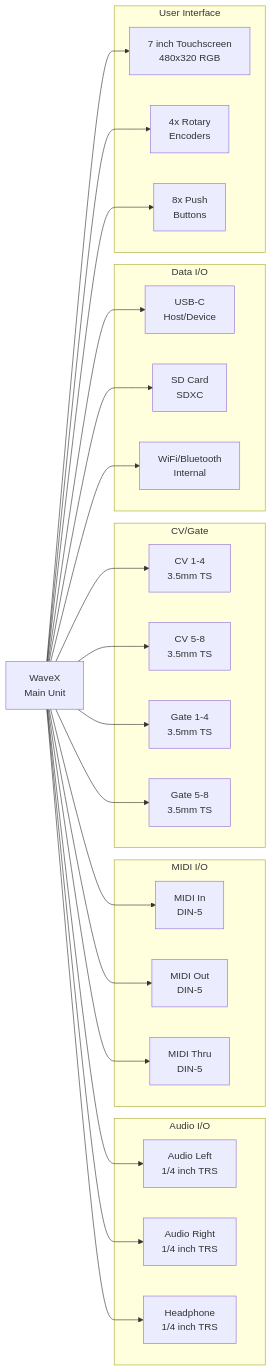
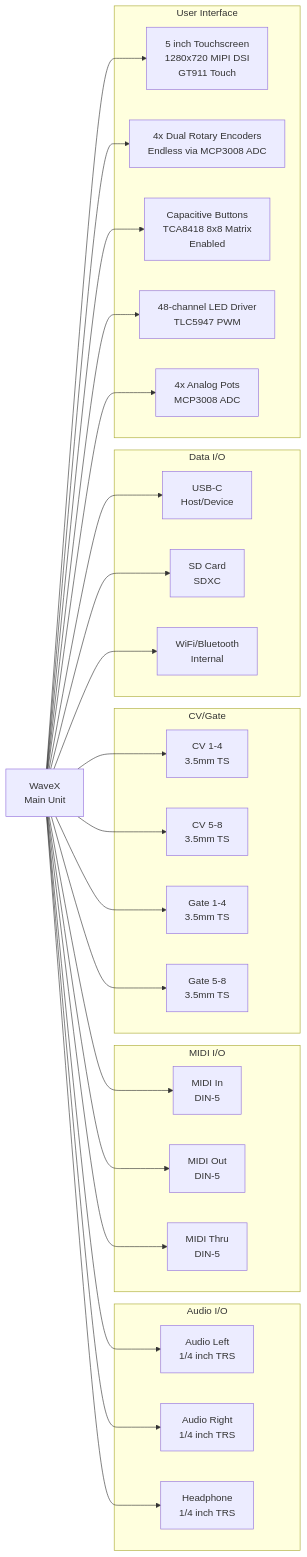
Before and after one commit to pmorgantech/WaveX: the seventh of 7 diagrams in docs/system-architecture.md, drawn with Mermaid. The commit also changed other lines of this file and 44 other files, not shown here.

````diff
--- a/docs/system-architecture.md
+++ b/docs/system-architecture.md
@@ -396,50 +429,54 @@
 ```mermaid
 graph LR
     subgraph "Audio I/O"
         AUDIO_L["Audio Left<br/>1/4 inch TRS"]
         AUDIO_R["Audio Right<br/>1/4 inch TRS"]
         HP_OUT["Headphone<br/>1/4 inch TRS"]
     end
     
     subgraph "MIDI I/O"
         MIDI_IN["MIDI In<br/>DIN-5"]
         MIDI_OUT["MIDI Out<br/>DIN-5"]
         MIDI_THRU["MIDI Thru<br/>DIN-5"]
     end
     
     subgraph "CV/Gate"
         CV1["CV 1-4<br/>3.5mm TS"]
         CV2["CV 5-8<br/>3.5mm TS"]
         GATE1["Gate 1-4<br/>3.5mm TS"]
         GATE2["Gate 5-8<br/>3.5mm TS"]
     end
     
     subgraph "Data I/O"
         USB_C["USB-C<br/>Host/Device"]
         SD_CARD["SD Card<br/>SDXC"]
         WIFI_BT["WiFi/Bluetooth<br/>Internal"]
     end
     
     subgraph "User Interface"
-        DISPLAY["7 inch Touchscreen<br/>480x320 RGB"]
-        ENCODERS["4x Rotary<br/>Encoders"]
-        BUTTONS["8x Push<br/>Buttons"]
+        DISPLAY["5 inch Touchscreen<br/>1280x720 MIPI DSI<br/>GT911 Touch"]
+        ENCODERS["4x Dual Rotary Encoders<br/>Endless via MCP3008 ADC"]
+        BUTTONS["Capacitive Buttons<br/>TCA8418 8x8 Matrix<br/>Enabled"]
+        LEDS["48-channel LED Driver<br/>TLC5947 PWM"]
+        POTS["4x Analog Pots<br/>MCP3008 ADC"]
     end
     
     WAVEX["WaveX<br/>Main Unit"] --> AUDIO_L
     WAVEX --> AUDIO_R
     WAVEX --> HP_OUT
     WAVEX --> MIDI_IN
     WAVEX --> MIDI_OUT
     WAVEX --> MIDI_THRU
     WAVEX --> CV1
     WAVEX --> CV2
     WAVEX --> GATE1
     WAVEX --> GATE2
     WAVEX --> USB_C
     WAVEX --> SD_CARD
     WAVEX --> WIFI_BT
     WAVEX --> DISPLAY
     WAVEX --> ENCODERS
     WAVEX --> BUTTONS
+    WAVEX --> LEDS
+    WAVEX --> POTS
 ```
````
